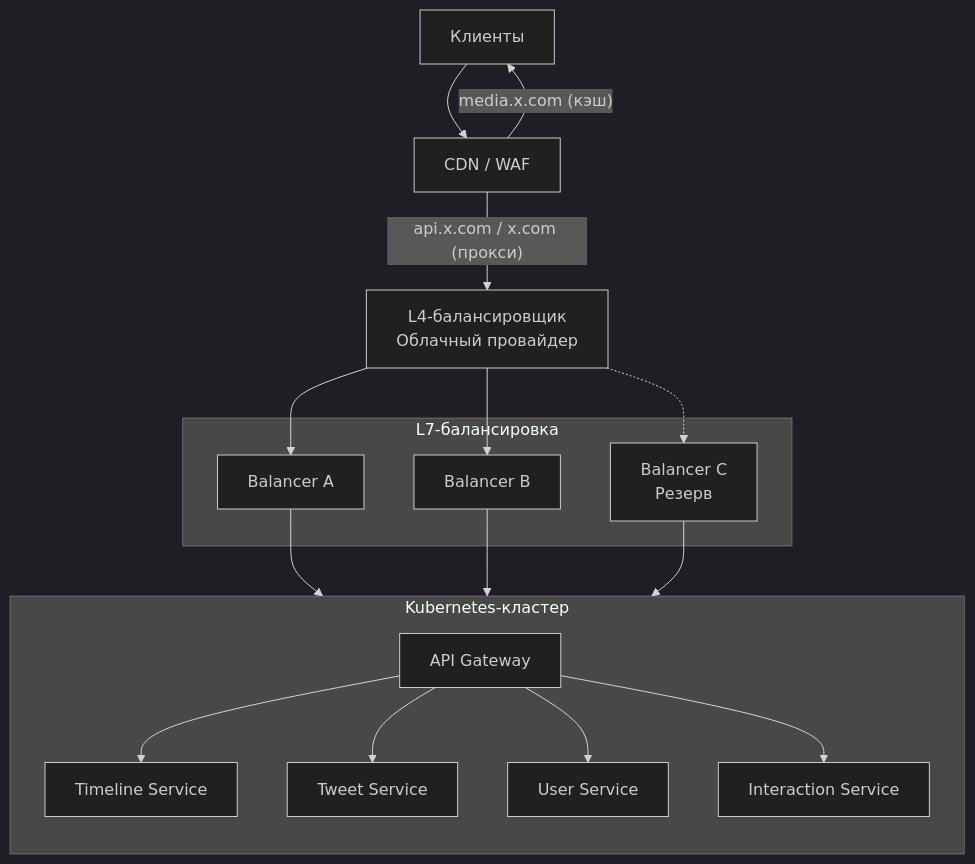
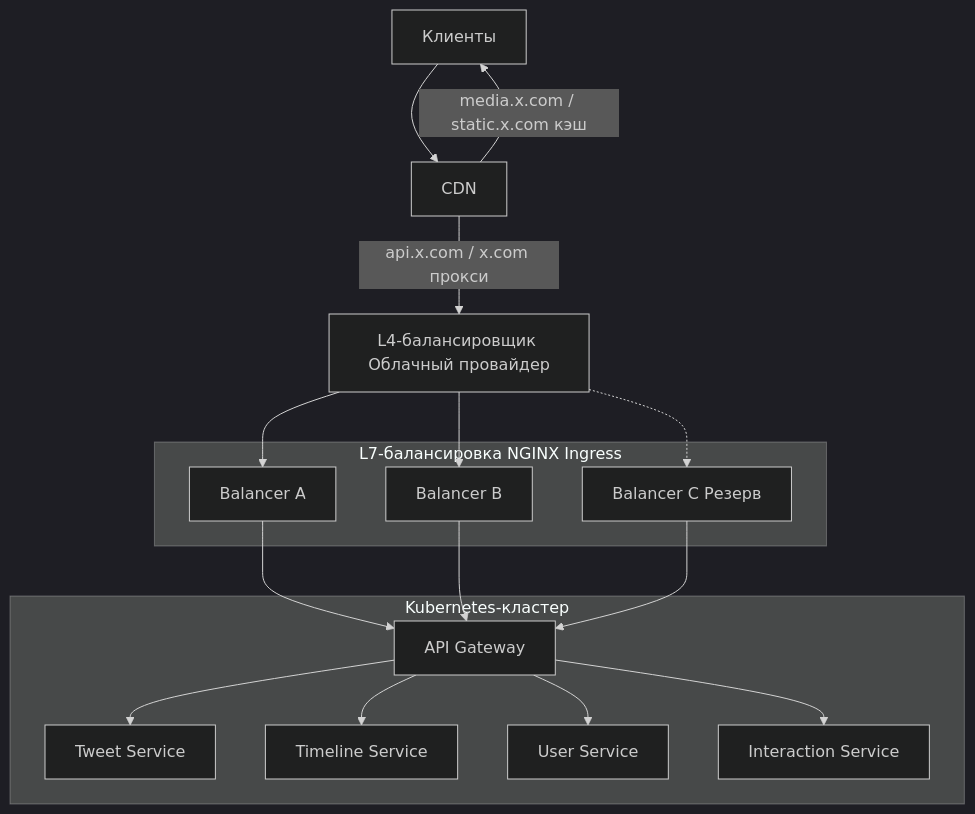
One commit to art-raz/Highload2026 changed the second of 2 diagrams in README.md. Above: the diagram before and after it, drawn with Mermaid (dark theme). The commit also changed other lines of this file and 3 other files, not shown here.

````diff
--- a/README.md
+++ b/README.md
@@ -309,38 +302,37 @@
 ```mermaid
 flowchart TD
     C[Клиенты]
-    CDN[CDN / WAF]
-    L4[L4-балансировщик<br/>Облачный провайдер]
+    CDN[CDN]
+    L4[L4-балансировщик Облачный провайдер]
     
-    subgraph L7[L7-балансировка]
+    subgraph L7[L7-балансировка NGINX Ingress]
         L7A[Balancer A]
         L7B[Balancer B]
-        L7C[Balancer C<br/>Резерв]
+        L7C[Balancer C Резерв]
     end
     
     subgraph K8S[Kubernetes-кластер]
-        direction TB
         G[API Gateway]
         TW[Tweet Service]
         TS[Timeline Service]
         US[User Service]
         IS[Interaction Service]
     end
     
     C --> CDN
-    CDN -->|"api.x.com / x.com (прокси)"| L4
-    CDN -->|"media.x.com (кэш)"| C
+    CDN -->|api.x.com / x.com прокси| L4
+    CDN -->|media.x.com / static.x.com кэш| C
     
     L4 --> L7A
     L4 --> L7B
     L4 -.-> L7C
     
     L7A --> G
     L7B --> G
     L7C --> G
     
     G --> TS
     G --> TW
     G --> US
     G --> IS
 ```
````
